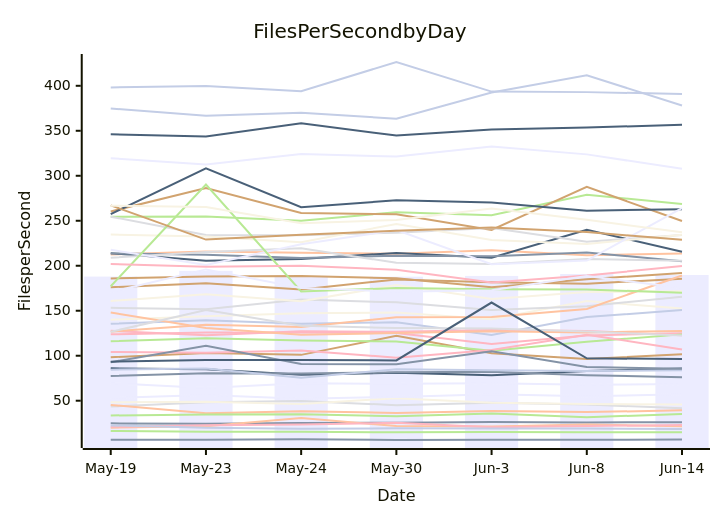
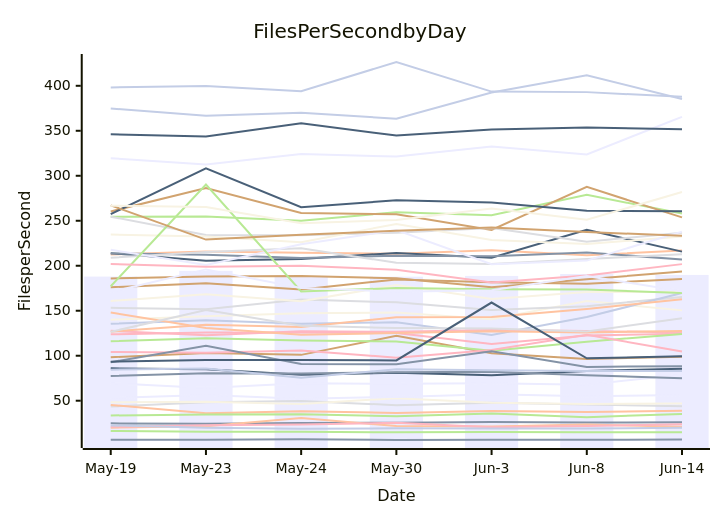
One commit to streetsidesoftware/cspell changed the diagram in perf-report.md. Above: the diagram before and after it, drawn with Mermaid. The commit also changed other lines of this file and 2 other files, not shown here.

````diff
--- a/perf-report.md
+++ b/perf-report.md
@@ -11,57 +11,57 @@
 ```mermaid
 xychart-beta
     title Files Per Second by Day
     y-axis Files per Second
     x-axis Date [May-19, May-23, May-24, May-30, Jun-3, Jun-8, Jun-14]
-    bar [187.94, 194.38, 187.53, 187.84, 188.70, 190.81, 189.74]
-    line [24.84, 24.48, 25.27, 25.51, 26.21, 25.84, 26.17]
-    line [20.00, 21.53, 30.85, 21.86, 21.33, 23.44, 21.55]
-    line [43.44, 48.37, 49.79, 45.03, 47.69, 45.74, 41.52]
-    line [16.48, 15.39, 15.58, 14.86, 15.18, 15.02, 14.88]
-    line [98.35, 102.96, 100.96, 122.12, 102.88, 96.25, 101.75]
-    line [374.77, 366.83, 370.08, 363.31, 392.45, 411.63, 378.10]
-    line [123.77, 125.73, 125.94, 125.35, 112.95, 122.50, 124.99]
-    line [85.95, 85.08, 78.77, 81.14, 78.40, 83.02, 85.88]
-    line [140.07, 144.01, 147.15, 148.03, 140.54, 160.74, 152.38]
-    line [69.47, 64.25, 69.53, 68.78, 69.37, 67.74, 68.52]
-    line [77.54, 80.59, 80.29, 81.53, 82.29, 78.36, 76.18]
-    line [212.55, 215.84, 214.38, 213.29, 217.13, 211.77, 213.51]
-    line [153.28, 151.73, 162.52, 159.30, 150.77, 155.04, 165.67]
-    line [254.35, 254.61, 250.00, 259.58, 256.09, 278.90, 268.71]
-    line [260.36, 286.42, 258.60, 257.18, 239.81, 287.65, 249.66]
-    line [135.42, 139.50, 135.65, 137.15, 123.09, 142.96, 150.72]
-    line [21.05, 22.73, 23.64, 25.47, 20.39, 21.85, 22.97]
-    line [213.89, 205.67, 207.63, 214.21, 208.82, 240.01, 215.51]
-    line [160.94, 168.26, 160.60, 178.51, 162.97, 170.78, 171.55]
-    line [319.57, 312.48, 324.31, 321.30, 332.58, 323.78, 307.70]
-    line [213.72, 212.23, 208.69, 211.05, 210.52, 214.78, 205.09]
-    line [45.35, 36.07, 38.42, 36.32, 38.54, 37.33, 39.30]
-    line [254.57, 234.26, 233.79, 236.78, 241.94, 226.60, 234.17]
-    line [33.61, 34.69, 34.94, 32.78, 35.79, 31.73, 35.16]
-    line [185.86, 188.16, 188.58, 186.13, 176.02, 184.92, 191.99]
-    line [22.53, 19.87, 18.72, 19.42, 19.15, 19.01, 18.44]
-    line [127.71, 122.71, 127.15, 126.61, 128.67, 127.50, 122.80]
-    line [257.39, 308.24, 265.00, 272.73, 270.27, 261.13, 262.89]
-    line [48.29, 48.86, 46.46, 52.80, 47.62, 46.28, 45.87]
-    line [53.17, 56.48, 52.20, 54.24, 57.32, 54.91, 57.26]
-    line [6.48, 6.70, 7.10, 6.34, 6.74, 6.70, 6.80]
-    line [147.92, 130.77, 123.22, 125.33, 127.25, 125.89, 127.54]
-    line [208.87, 215.23, 219.43, 203.27, 201.99, 207.37, 205.44]
-    line [116.06, 119.43, 116.84, 115.92, 105.51, 115.54, 123.73]
-    line [176.15, 180.59, 173.73, 184.72, 181.71, 179.92, 185.60]
-    line [84.52, 85.73, 75.59, 84.88, 83.99, 83.05, 83.86]
-    line [104.19, 103.43, 105.92, 97.87, 106.45, 123.34, 106.94]
-    line [346.15, 343.69, 358.26, 344.65, 351.41, 353.54, 356.80]
-    line [234.71, 232.57, 226.13, 246.49, 228.60, 224.05, 234.55]
-    line [217.73, 200.96, 223.84, 239.63, 201.75, 205.74, 264.11]
-    line [92.82, 111.10, 90.94, 90.56, 104.84, 87.60, 85.55]
-    line [126.78, 134.48, 131.99, 142.83, 143.00, 151.99, 189.15]
-    line [126.61, 150.87, 133.44, 130.84, 130.22, 126.80, 122.61]
-    line [177.15, 290.28, 171.42, 175.26, 173.98, 173.63, 170.01]
-    line [267.13, 229.05, 234.58, 238.79, 242.50, 237.41, 228.82]
-    line [398.12, 399.78, 393.93, 426.44, 393.52, 392.96, 390.98]
-    line [201.86, 198.76, 200.08, 195.61, 181.39, 189.21, 199.66]
-    line [93.35, 95.34, 95.32, 94.79, 159.13, 97.18, 96.25]
-    line [266.74, 265.26, 247.18, 250.86, 263.73, 251.08, 237.19]
-    line [170.67, 195.94, 175.36, 171.10, 172.66, 188.61, 175.16]
+    bar [187.94, 194.38, 187.53, 187.84, 188.70, 190.81, 189.80]
+    line [24.84, 24.48, 25.27, 25.51, 26.21, 25.84, 25.97]
+    line [20.00, 21.53, 30.85, 21.86, 21.33, 23.44, 21.00]
+    line [43.44, 48.37, 49.79, 45.03, 47.69, 45.74, 43.85]
+    line [16.48, 15.39, 15.58, 14.86, 15.18, 15.02, 14.93]
+    line [98.35, 102.96, 100.96, 122.12, 102.88, 96.25, 98.92]
+    line [374.77, 366.83, 370.08, 363.31, 392.45, 411.63, 385.33]
+    line [123.77, 125.73, 125.94, 125.35, 112.95, 122.50, 124.49]
+    line [85.95, 85.08, 78.77, 81.14, 78.40, 83.02, 85.46]
+    line [140.07, 144.01, 147.15, 148.03, 140.54, 160.74, 150.40]
+    line [69.47, 64.25, 69.53, 68.78, 69.37, 67.74, 79.10]
+    line [77.54, 80.59, 80.29, 81.53, 82.29, 78.36, 75.09]
+    line [212.55, 215.84, 214.38, 213.29, 217.13, 211.77, 216.96]
+    line [153.28, 151.73, 162.52, 159.30, 150.77, 155.04, 165.38]
+    line [254.35, 254.61, 250.00, 259.58, 256.09, 278.90, 257.97]
+    line [260.36, 286.42, 258.60, 257.18, 239.81, 287.65, 253.74]
+    line [135.42, 139.50, 135.65, 137.15, 123.09, 142.96, 169.79]
+    line [21.05, 22.73, 23.64, 25.47, 20.39, 21.85, 23.86]
+    line [213.89, 205.67, 207.63, 214.21, 208.82, 240.01, 215.72]
+    line [160.94, 168.26, 160.60, 178.51, 162.97, 170.78, 170.91]
+    line [319.57, 312.48, 324.31, 321.30, 332.58, 323.78, 365.52]
+    line [213.72, 212.23, 208.69, 211.05, 210.52, 214.78, 206.89]
+    line [45.35, 36.07, 38.42, 36.32, 38.54, 37.33, 38.77]
+    line [254.57, 234.26, 233.79, 236.78, 241.94, 226.60, 236.79]
+    line [33.61, 34.69, 34.94, 32.78, 35.79, 31.73, 35.25]
+    line [185.86, 188.16, 188.58, 186.13, 176.02, 184.92, 193.67]
+    line [22.53, 19.87, 18.72, 19.42, 19.15, 19.01, 19.85]
+    line [127.71, 122.71, 127.15, 126.61, 128.67, 127.50, 125.79]
+    line [257.39, 308.24, 265.00, 272.73, 270.27, 261.13, 260.51]
+    line [48.29, 48.86, 46.46, 52.80, 47.62, 46.28, 47.04]
+    line [53.17, 56.48, 52.20, 54.24, 57.32, 54.91, 56.35]
+    line [6.48, 6.70, 7.10, 6.34, 6.74, 6.70, 6.76]
+    line [147.92, 130.77, 123.22, 125.33, 127.25, 125.89, 127.56]
+    line [208.87, 215.23, 219.43, 203.27, 201.99, 207.37, 212.81]
+    line [116.06, 119.43, 116.84, 115.92, 105.51, 115.54, 124.26]
+    line [176.15, 180.59, 173.73, 184.72, 181.71, 179.92, 185.39]
+    line [84.52, 85.73, 75.59, 84.88, 83.99, 83.05, 83.16]
+    line [104.19, 103.43, 105.92, 97.87, 106.45, 123.34, 104.59]
+    line [346.15, 343.69, 358.26, 344.65, 351.41, 353.54, 351.76]
+    line [234.71, 232.57, 226.13, 246.49, 228.60, 224.05, 232.44]
+    line [217.73, 200.96, 223.84, 239.63, 201.75, 205.74, 237.95]
+    line [92.82, 111.10, 90.94, 90.56, 104.84, 87.60, 88.39]
+    line [126.78, 134.48, 131.99, 142.83, 143.00, 151.99, 162.74]
+    line [126.61, 150.87, 133.44, 130.84, 130.22, 126.80, 141.73]
+    line [177.15, 290.28, 171.42, 175.26, 173.98, 173.63, 169.66]
+    line [267.13, 229.05, 234.58, 238.79, 242.50, 237.41, 233.40]
+    line [398.12, 399.78, 393.93, 426.44, 393.52, 392.96, 387.74]
+    line [201.86, 198.76, 200.08, 195.61, 181.39, 189.21, 201.80]
+    line [93.35, 95.34, 95.32, 94.79, 159.13, 97.18, 99.40]
+    line [266.74, 265.26, 247.18, 250.86, 263.73, 251.08, 281.94]
+    line [170.67, 195.94, 175.36, 171.10, 172.66, 188.61, 171.62]
 ```
````
